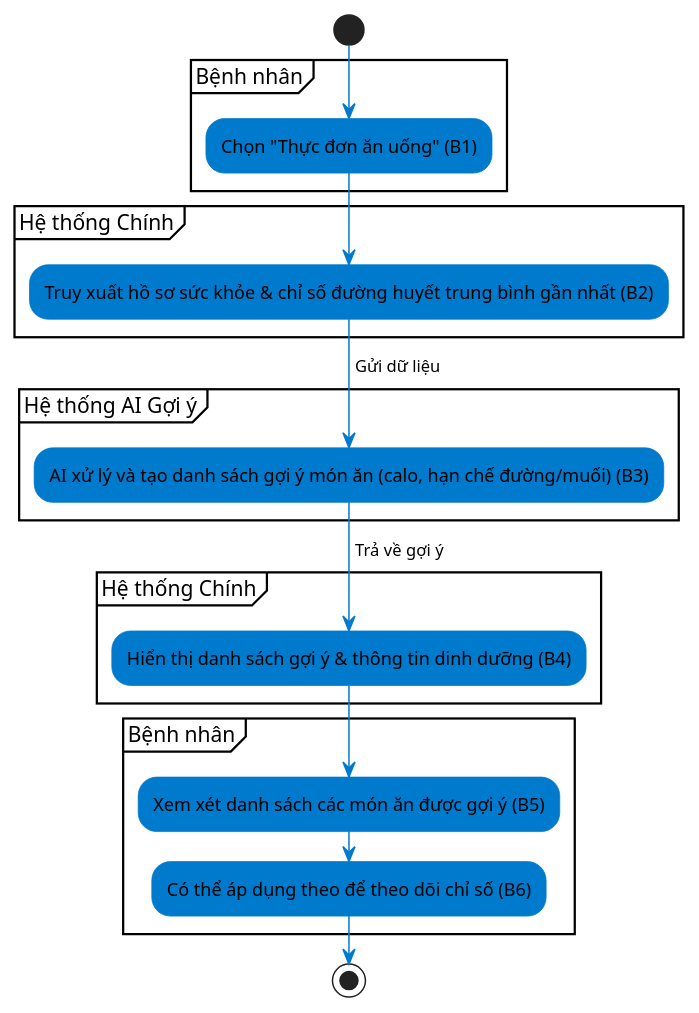
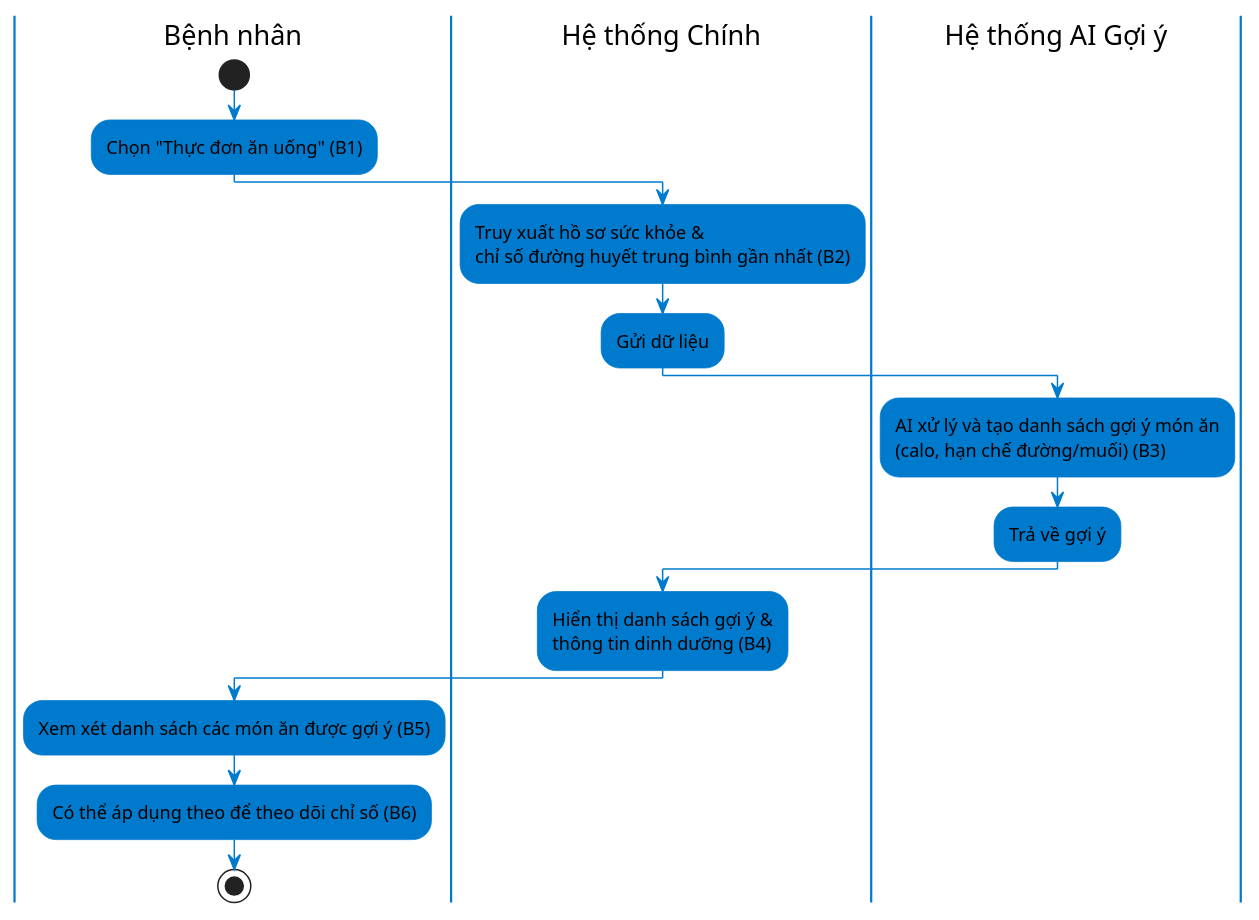
One commit to ThuyNhiIT/Healthcare_KLTN_BE changed the diagram in diagram/active/CheDoAn.puml. Above: the diagram before and after it, drawn with PlantUML. The commit also changed 2 other files, not shown here.

```diff
--- a/diagram/active/CheDoAn.puml
+++ b/diagram/active/CheDoAn.puml
@@ -1,39 +1,36 @@
 @startuml
 skinparam activity {
   FontName Arial
   BackgroundColor #007ACC
   BorderColor #007ACC
   ArrowColor #007ACC
 }
 skinparam swimlane {
   BorderColor #007ACC
-  BackgroundColor #007ACC
+  BackgroundColor #E6F3FF
 }
 
+|Bệnh nhân|
 start
+:Chọn "Thực đơn ăn uống" (B1);
 
-partition Bệnh nhân {
-  :Chọn "Thực đơn ăn uống" (B1);
-}
+|Hệ thống Chính|
+:Truy xuất hồ sơ sức khỏe & 
+chỉ số đường huyết trung bình gần nhất (B2);
+:Gửi dữ liệu;
 
-partition Hệ thống Chính {
-  :Truy xuất hồ sơ sức khỏe & chỉ số đường huyết trung bình gần nhất (B2);
-  -> Gửi dữ liệu;
-}
+|Hệ thống AI Gợi ý|
+:AI xử lý và tạo danh sách gợi ý món ăn
+(calo, hạn chế đường/muối) (B3);
+:Trả về gợi ý;
 
-partition Hệ thống AI Gợi ý {
-  :AI xử lý và tạo danh sách gợi ý món ăn (calo, hạn chế đường/muối) (B3);
-  -> Trả về gợi ý;
-}
+|Hệ thống Chính|
+:Hiển thị danh sách gợi ý & 
+thông tin dinh dưỡng (B4);
 
-partition Hệ thống Chính {
-  :Hiển thị danh sách gợi ý & thông tin dinh dưỡng (B4);
-}
-
-partition Bệnh nhân {
-  :Xem xét danh sách các món ăn được gợi ý (B5);
-  :Có thể áp dụng theo để theo dõi chỉ số (B6);
-}
+|Bệnh nhân|
+:Xem xét danh sách các món ăn được gợi ý (B5);
+:Có thể áp dụng theo để theo dõi chỉ số (B6);
 
 stop
 @enduml
```
